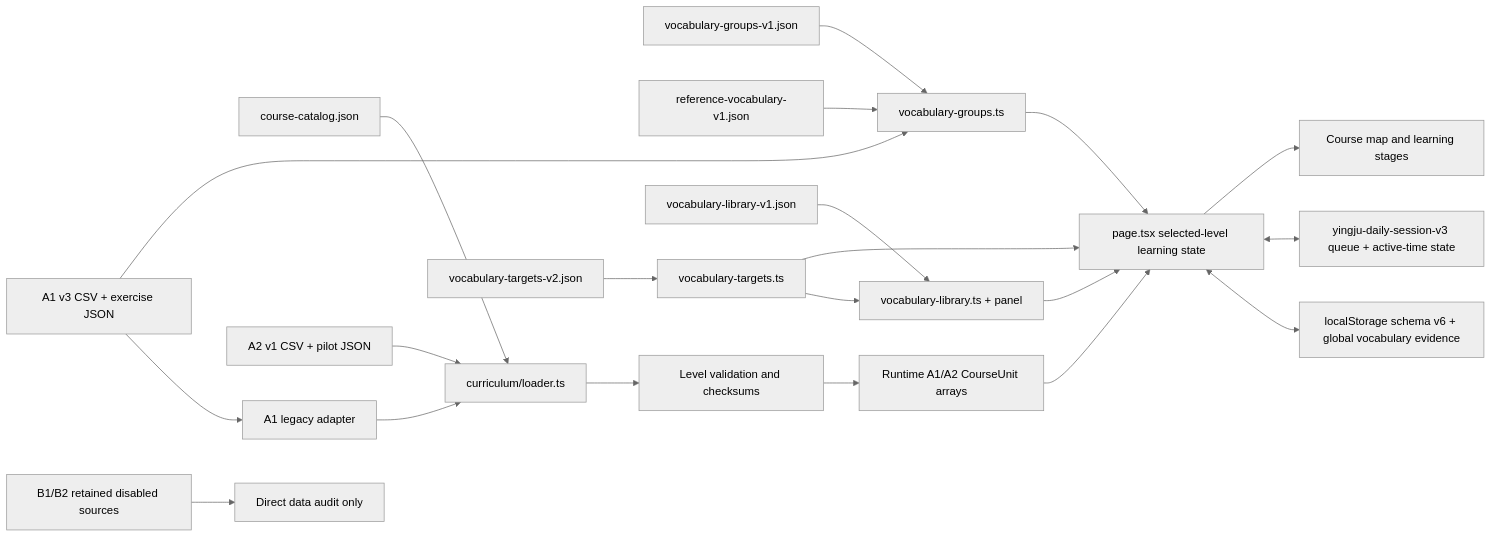
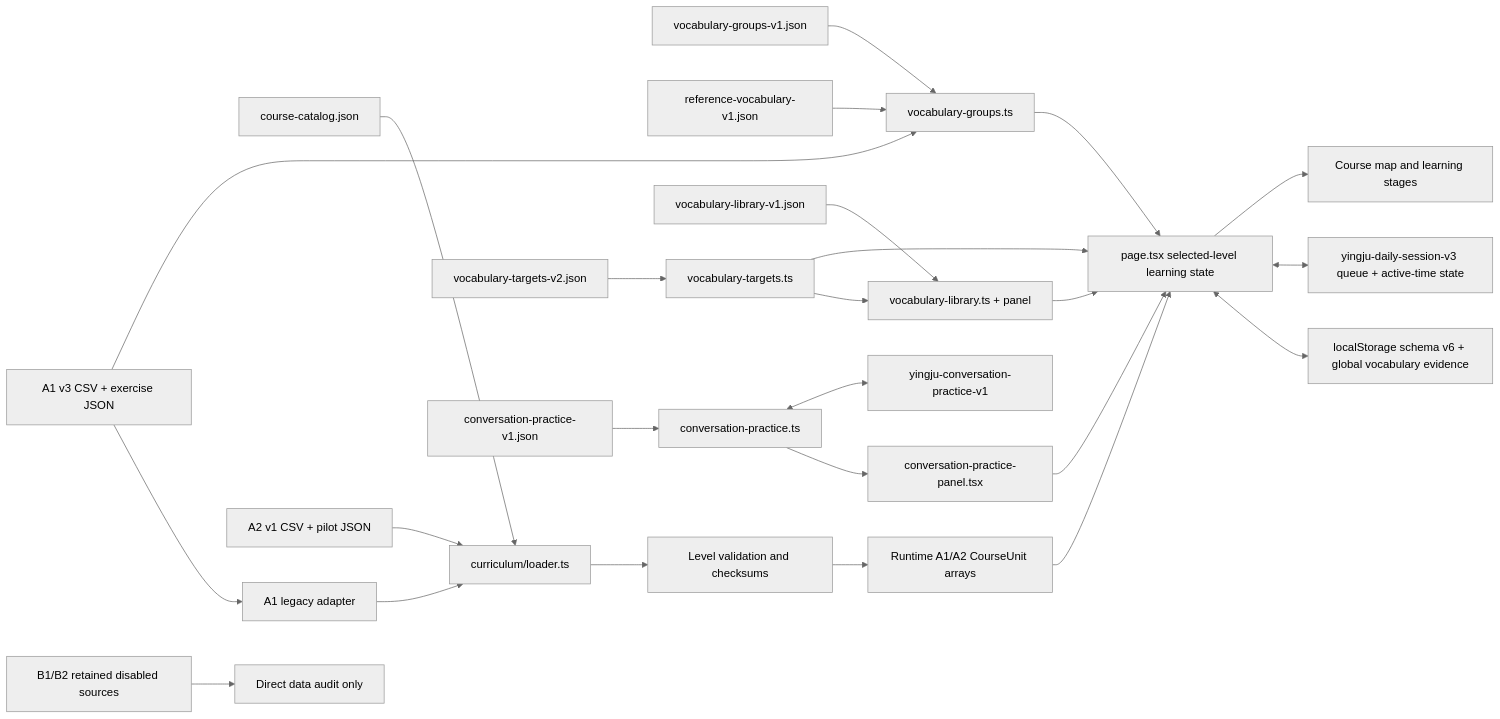
The first of 2 diagrams in ARCHITECTURE.md (ej04520yjo4/EnglishWeb), drawn with Mermaid (neutral theme) before and after one commit. The commit also changed other lines of this file and 9 other files, not shown here.

````diff
--- a/ARCHITECTURE.md
+++ b/ARCHITECTURE.md
@@ -9,23 +9,27 @@
 ```mermaid
 flowchart LR
   Catalog["course-catalog.json"] --> LevelLoader["curriculum/loader.ts"]
   A1["A1 v3 CSV + exercise JSON"] --> Adapter["A1 legacy adapter"]
   A2["A2 v1 CSV + pilot JSON"] --> LevelLoader
   Disabled["B1/B2 retained disabled sources"] --> Audit["Direct data audit only"]
   Groups["vocabulary-groups-v1.json"] --> Vocabulary["vocabulary-groups.ts"]
   Reference["reference-vocabulary-v1.json"] --> Vocabulary
   Targets["vocabulary-targets-v2.json"] --> TargetModule["vocabulary-targets.ts"]
   Library["vocabulary-library-v1.json"] --> LibraryModule["vocabulary-library.ts + panel"]
   TargetModule --> LibraryModule
   LibraryModule --> Page
   A1 --> Vocabulary
   Adapter --> LevelLoader
   LevelLoader --> Validate["Level validation and checksums"]
   Validate --> Units["Runtime A1/A2 CourseUnit arrays"]
   Units --> Page["page.tsx selected-level learning state"]
   Vocabulary --> Page
   TargetModule --> Page
+  Conversation["conversation-practice-v1.json"] --> ConversationModule["conversation-practice.ts"]
+  ConversationModule --> ConversationPanel["conversation-practice-panel.tsx"]
+  ConversationModule <--> ConversationStorage["yingju-conversation-practice-v1"]
+  ConversationPanel --> Page
   Page <--> Storage["localStorage schema v6 + global vocabulary evidence"]
   Page <--> DailyStorage["yingju-daily-session-v3 queue + active-time state"]
   Page --> UI["Course map and learning stages"]
 ```
````
